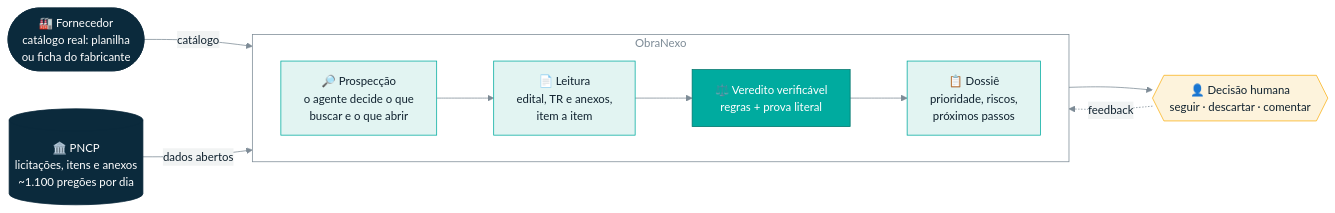
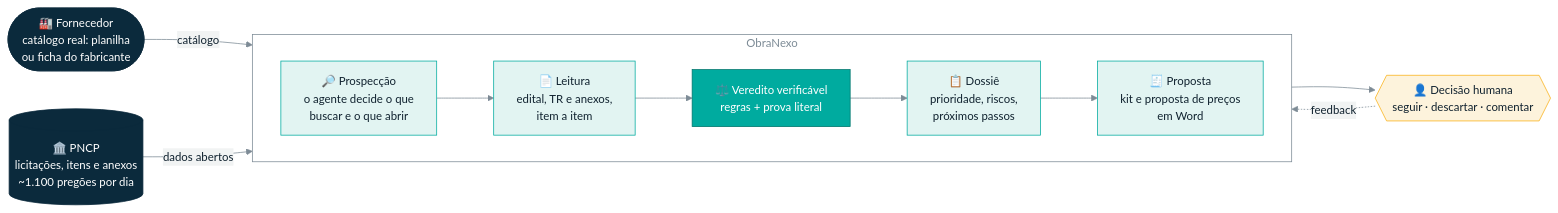
Before and after one commit to Omniamind-org/obranexo: the first of 5 diagrams in README.md, drawn with Mermaid. The commit also changed other lines of this file and 14 other files, not shown here.

First line of the commit message:
docs(readme): coerência entre descoberta, custo, fases e kit da proposta

````diff
--- a/README.md
+++ b/README.md
@@ -109,22 +109,23 @@
 ```mermaid
 %%{init: {'theme':'base','themeVariables':{'primaryColor':'#e2f4f2','primaryTextColor':'#10222f','primaryBorderColor':'#00ab9f','lineColor':'#7d8b96','edgeLabelBackground':'#f1f3f3','fontSize':'15px','clusterBkg':'transparent','clusterBorder':'#7d8b96','titleColor':'#7d8b96'}}}%%
 flowchart LR
   F([🏭 Fornecedor<br/>catálogo real: planilha<br/>ou ficha do fabricante]):::nav
   P[(🏛️ PNCP<br/>licitações, itens e anexos<br/>~1.100 pregões por dia)]:::nav
   subgraph ON[" ObraNexo "]
     direction LR
     A1[🔎 Prospecção<br/>o agente decide o que<br/>buscar e o que abrir]:::ag
     A2[📄 Leitura<br/>edital, TR e anexos,<br/>item a item]:::ag
     A3[⚖️ Veredito verificável<br/>regras + prova literal]:::core
     A4[📋 Dossiê<br/>prioridade, riscos,<br/>próximos passos]:::ag
-    A1 --> A2 --> A3 --> A4
+    A5[🧾 Proposta<br/>kit e proposta de preços<br/>em Word]:::ag
+    A1 --> A2 --> A3 --> A4 --> A5
   end
   F -- catálogo --> ON
   P -- dados abertos --> ON
   ON --> H{{👤 Decisão humana<br/>seguir · descartar · comentar}}:::hum
   H -. feedback .-> ON
   classDef nav fill:#0b2a3c,stroke:#0b2a3c,color:#ffffff
   classDef ag fill:#e2f4f2,stroke:#00ab9f,color:#10222f
   classDef core fill:#00ab9f,stroke:#00756c,color:#ffffff
   classDef hum fill:#fdf3dc,stroke:#fab219,color:#10222f
 ```
````
